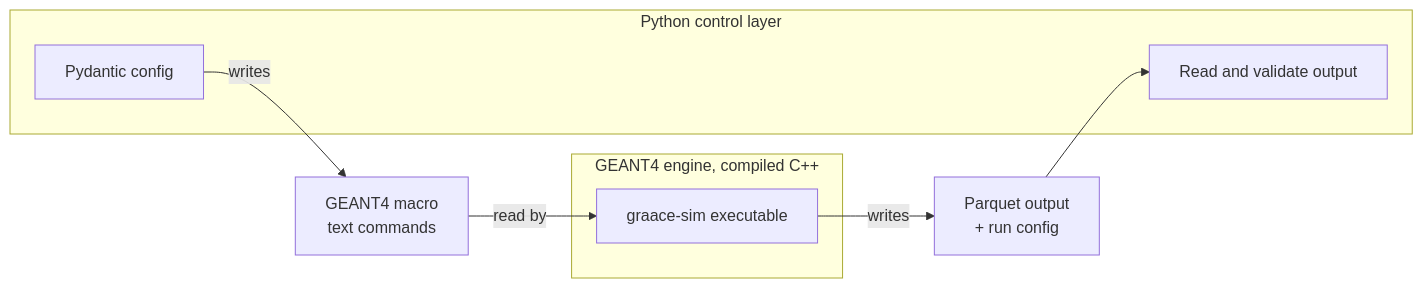
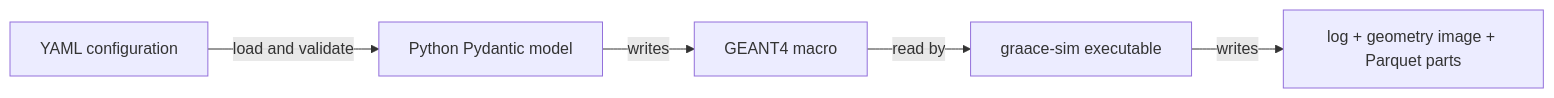
Before and after one commit to lanl/graace-sim: the diagram in docs/architecture/general.md, drawn with Mermaid. The commit also changed other lines of this file and 14 other files, not shown here.

````diff
--- a/docs/architecture/general.md
+++ b/docs/architecture/general.md
@@ -19,14 +13,7 @@
 ```mermaid
 flowchart LR
-    subgraph py [Python control layer]
-        config[Pydantic config]
-        validate[Read and validate output]
-    end
-    subgraph cpp [GEANT4 engine, compiled C++]
-        exe[graace-sim executable]
-    end
-    config -->|writes| macro[GEANT4 macro<br/>text commands]
-    macro -->|read by| exe
-    exe -->|writes| out[Parquet output<br/>+ run config]
-    out --> validate
+    yaml[YAML configuration] -->|load and validate| model[Python Pydantic model]
+    model -->|writes| macro[GEANT4 macro]
+    macro -->|read by| exe[graace-sim executable]
+    exe -->|writes| files[log + geometry image + Parquet parts]
 ```
````
